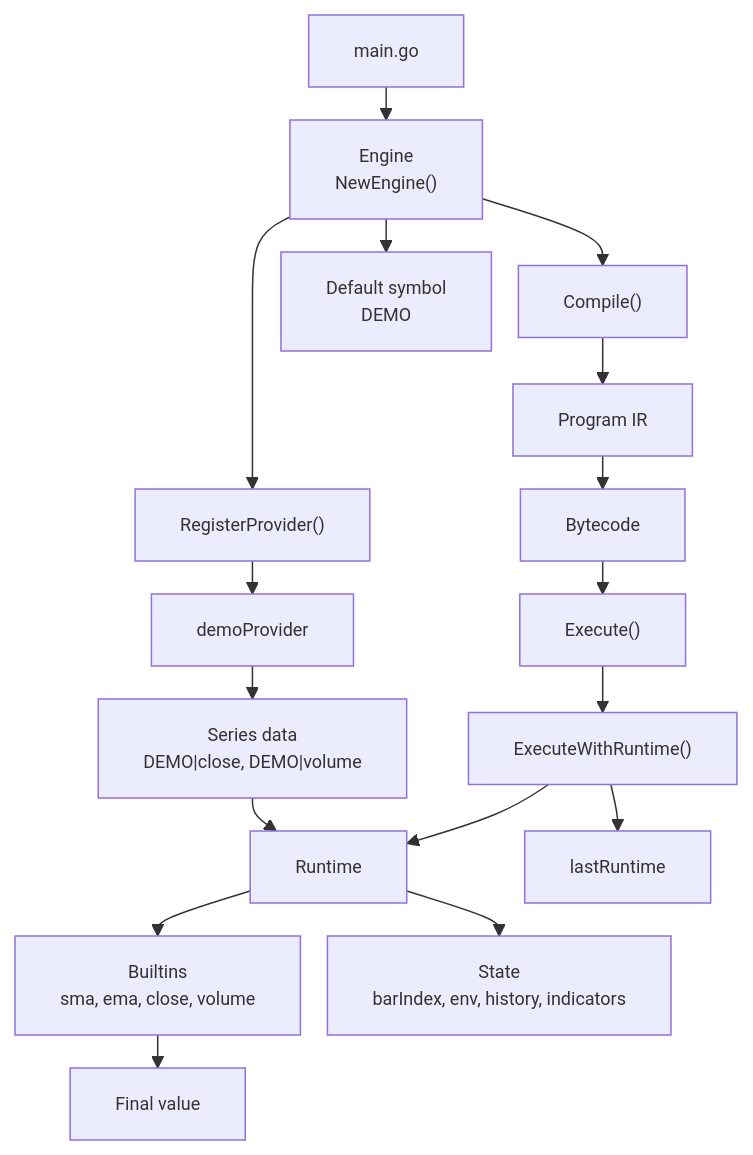
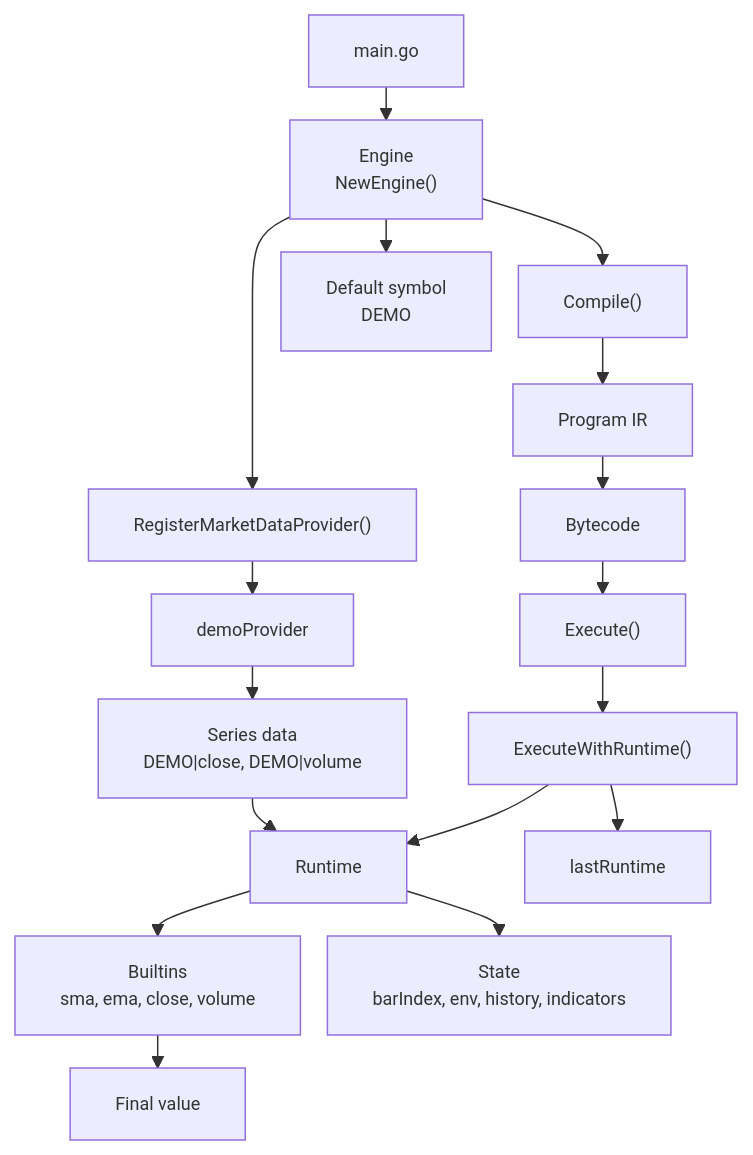
One commit to woodstock-tokyo/pinescription changed the first of 2 diagrams in README.md. Above: the diagram before and after it, drawn with Mermaid. The commit also changed other lines of this file, not shown here.

Commit message:
fix: mismatch names

````diff
--- a/README.md
+++ b/README.md
@@ -208,20 +208,20 @@
 ```mermaid
 %%{init: {"themeVariables": {"fontSize": "12px"}, "flowchart": {"nodeSpacing": 18, "rankSpacing": 22, "diagramPadding": 4}} }%%
 flowchart TD
 	A["main.go"] --> B["Engine<br/>NewEngine()"]
-	B --> C["RegisterProvider()"]
+	B --> C["RegisterMarketDataProvider()"]
 	C --> D["demoProvider"]
 	B --> E["Default symbol<br/>DEMO"]
 	B --> F["Compile()"]
 	F --> G["Program IR"]
 	G --> H["Bytecode"]
 	H --> I["Execute()"]
 	I --> J["ExecuteWithRuntime()"]
 	J --> K["Runtime"]
 	D --> L["Series data<br/>DEMO|close, DEMO|volume"]
 	L --> K
 	K --> M["Builtins<br/>sma, ema, close, volume"]
 	M --> N["Final value"]
 	K --> O["State<br/>barIndex, env, history, indicators"]
 	J --> P["lastRuntime"]
 ```
````
